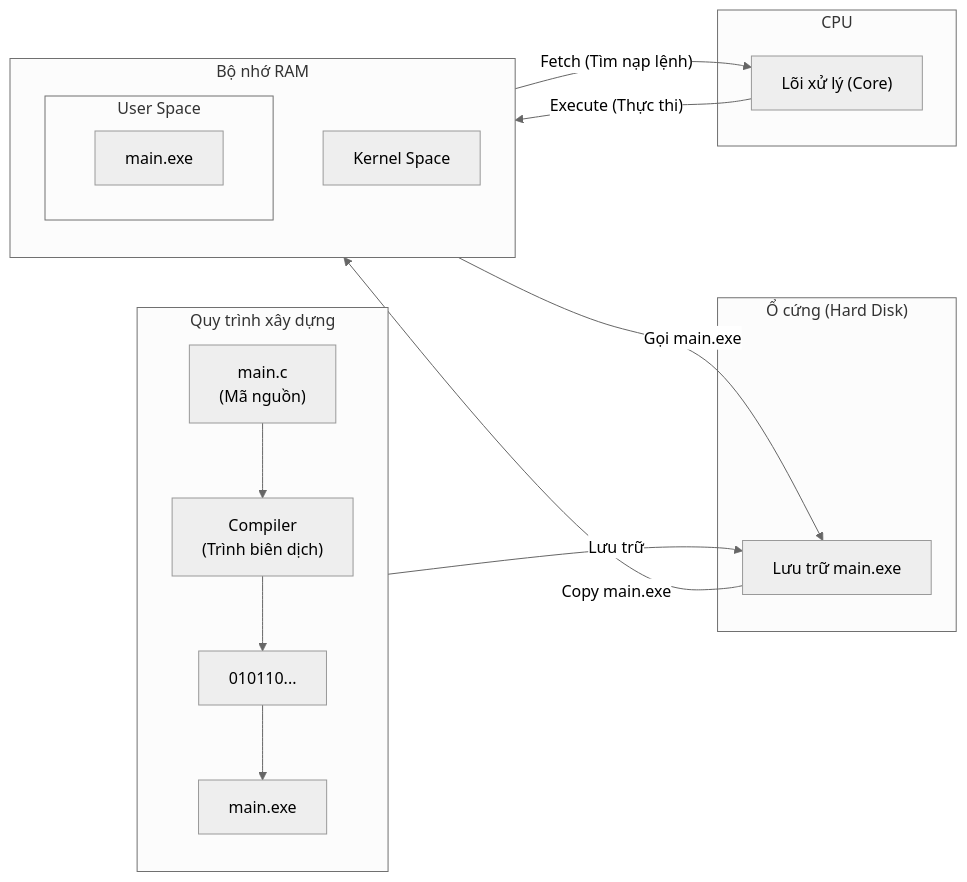
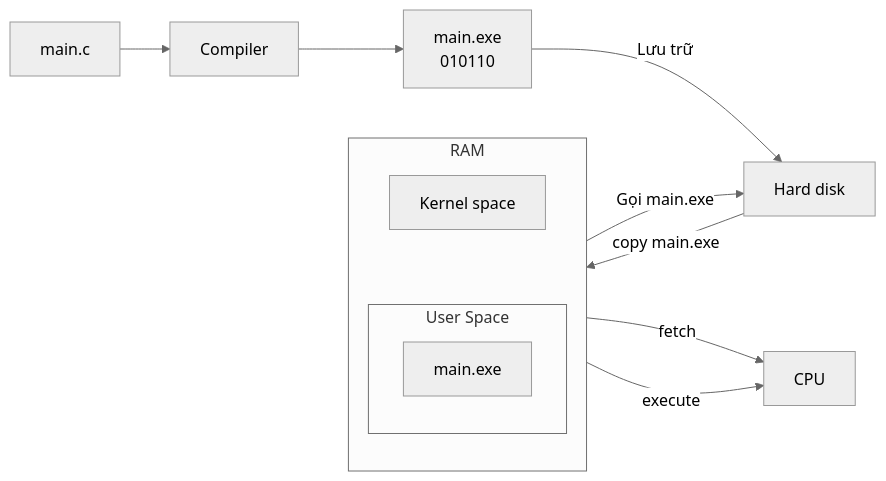
Before and after one commit to Duc-Lee/LLMserving_GPUoptimization: the third of 10 diagrams in OperatingSystem/OS_scratch/Concepts_OS/Intro_OS/Lession4.md, drawn with Mermaid (neutral theme). The commit also changed other lines of this file, not shown here.

````diff
--- a/OperatingSystem/OS_scratch/Concepts_OS/Intro_OS/Lession4.md
+++ b/OperatingSystem/OS_scratch/Concepts_OS/Intro_OS/Lession4.md
@@ -55,31 +51,21 @@
 ```mermaid
 flowchart LR
-    subgraph BUILD ["Quy trình xây dựng"]
+    SRC["main.c"] --> COMP["Compiler"]
+    COMP --> EXE["main.exe<br/>010110"]
+    EXE -- "Lưu trữ" --> DISK["Hard disk"]
+
+    DISK -- "copy main.exe" --> MAIN
+    MAIN -- "Gọi main.exe" --> DISK
+
+    subgraph RAM ["RAM"]
         direction TB
-        SRC["main.c<br/>(Mã nguồn)"] --> COMP["Compiler<br/>(Trình biên dịch)"]
-        COMP --> BIN["010110..."]
-        BIN --> EXE["main.exe"]
+        KS["Kernel space"]
+        subgraph US ["User Space"]
+            MAIN["main.exe"]
+        end
+        KS ~~~ US
     end
 
-    subgraph DISK ["Ổ cứng (Hard Disk)"]
-        STORAGE["Lưu trữ main.exe"]
-    end
-
-    subgraph RAM ["Bộ nhớ RAM"]
-        direction TB
-        KS["Kernel Space"]
-        subgraph US ["User Space"]
-            APP["main.exe"]
-        end
-    end
-
-    subgraph CPU ["CPU"]
-        CORE["Lõi xử lý (Core)"]
-    end
-
-    EXE -- "Lưu trữ" --> STORAGE
-    RAM -- "Gọi main.exe" --> STORAGE
-    STORAGE -- "Copy main.exe" --> US
-    US -- "Fetch (Tìm nạp lệnh)" --> CORE
-    CORE -- "Execute (Thực thi)" --> US
+    MAIN -- "fetch" --> CPU["CPU"]
+    MAIN -- "execute" --> CPU
 ```
````
